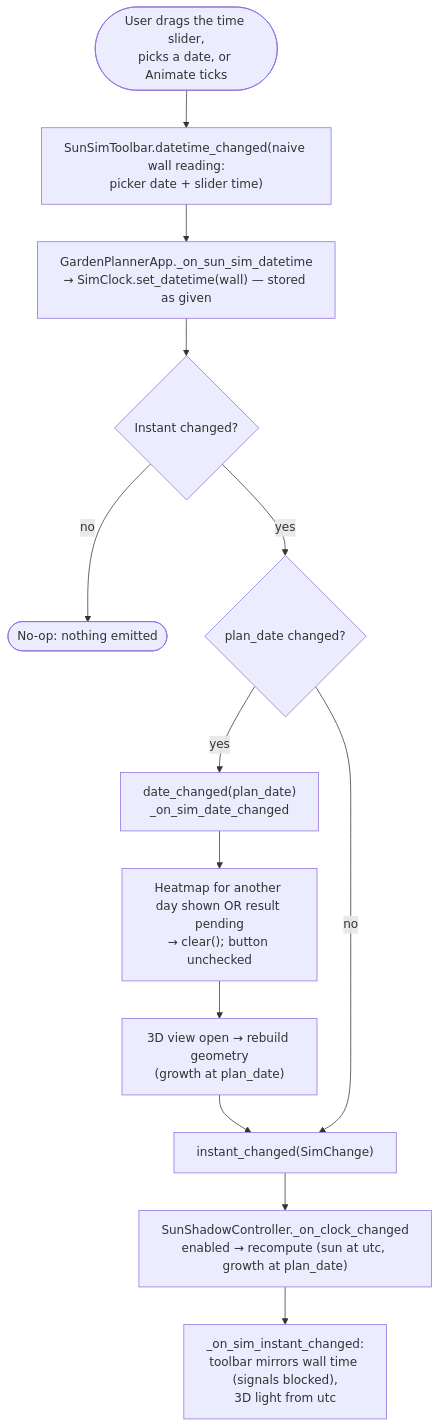
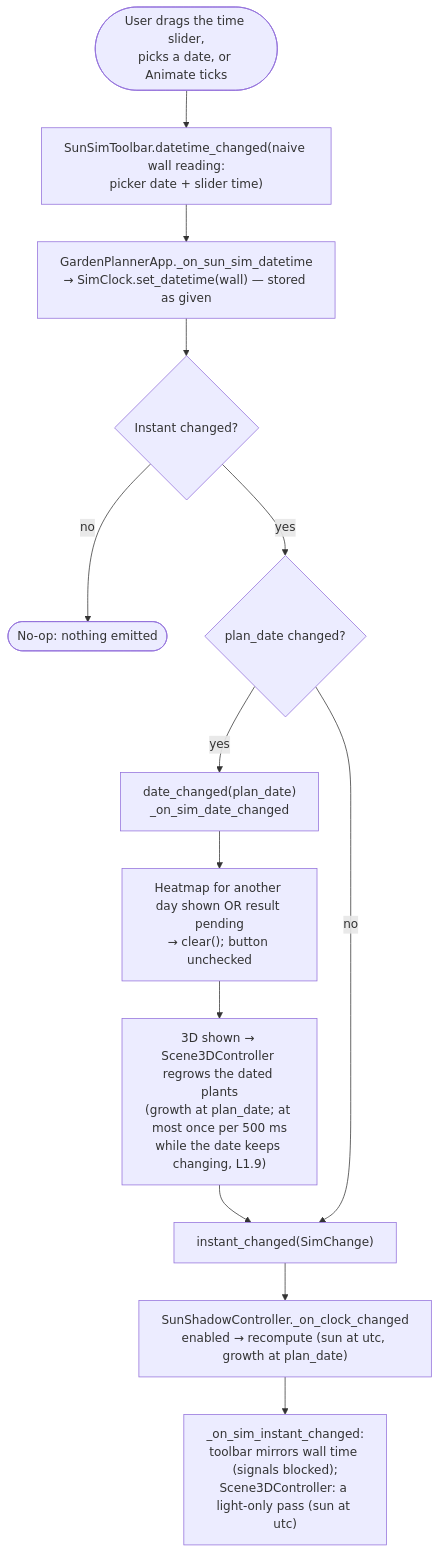
One commit to cofade/open-garden-planner changed diagram 12 of 19 in docs/06-runtime-view/README.md. Above: the diagram before and after it, drawn with Mermaid. The commit also changed other lines of this file and 361 other files, not shown here.

````diff
--- a/docs/06-runtime-view/README.md
+++ b/docs/06-runtime-view/README.md
@@ -328,22 +328,22 @@
 ```mermaid
 flowchart TD
     U([User drags the time slider,<br/>picks a date, or Animate ticks])
     T["SunSimToolbar.datetime_changed(naive wall reading:<br/>picker date + slider time)"]
     W["GardenPlannerApp._on_sun_sim_datetime<br/>→ SimClock.set_datetime(wall) — stored as given"]
     N{"Instant changed?"}
     X([No-op: nothing emitted])
     D{"plan_date changed?"}
     DC["date_changed(plan_date)<br/>_on_sim_date_changed"]
     H["Heatmap for another day shown OR result pending<br/>→ clear(); button unchecked"]
-    R["3D view open → rebuild geometry<br/>(growth at plan_date)"]
+    R["3D shown → Scene3DController regrows the dated plants<br/>(growth at plan_date; at most once per 500 ms<br/>while the date keeps changing, L1.9)"]
     IC["instant_changed(SimChange)"]
     O["SunShadowController._on_clock_changed<br/>enabled → recompute (sun at utc, growth at plan_date)"]
-    M["_on_sim_instant_changed:<br/>toolbar mirrors wall time (signals blocked),<br/>3D light from utc"]
+    M["_on_sim_instant_changed:<br/>toolbar mirrors wall time (signals blocked);<br/>Scene3DController: a light-only pass (sun at utc)"]
 
     U --> T --> W --> N
     N -- no --> X
     N -- yes --> D
     D -- yes --> DC --> H --> R --> IC
     D -- no --> IC
     IC --> O --> M
 ```
````
